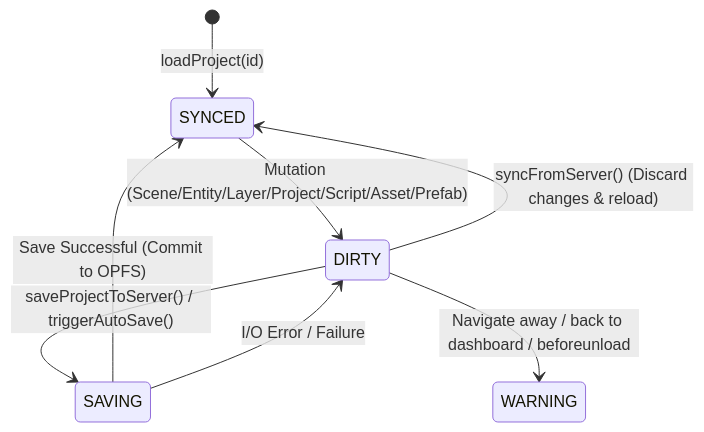
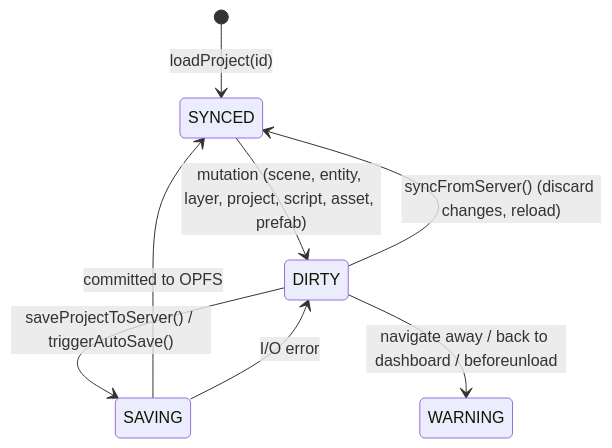
One commit to haikal-adnan/lupis-engine changed the second of 2 diagrams in docs/schema-contract.md. Above: the diagram before and after it, drawn with Mermaid. The commit also changed other lines of this file and 167 other files, not shown here.

Commit message:
New Schema

````diff
--- a/docs/schema-contract.md
+++ b/docs/schema-contract.md
@@ -174,10 +189,10 @@
 ```mermaid
 stateDiagram-v2
     [*] --> SYNCED: loadProject(id)
-    SYNCED --> DIRTY: Mutation (Scene/Entity/Layer/Project/Script/Asset/Prefab)
+    SYNCED --> DIRTY: mutation (scene, entity, layer, project, script, asset, prefab)
     DIRTY --> SAVING: saveProjectToServer() / triggerAutoSave()
-    SAVING --> SYNCED: Save Successful (Commit to OPFS)
-    SAVING --> DIRTY: I/O Error / Failure
-    DIRTY --> SYNCED: syncFromServer() (Discard changes & reload)
-    DIRTY --> WARNING: Navigate away / back to dashboard / beforeunload
+    SAVING --> SYNCED: committed to OPFS
+    SAVING --> DIRTY: I/O error
+    DIRTY --> SYNCED: syncFromServer() (discard changes, reload)
+    DIRTY --> WARNING: navigate away / back to dashboard / beforeunload
 ```
````
